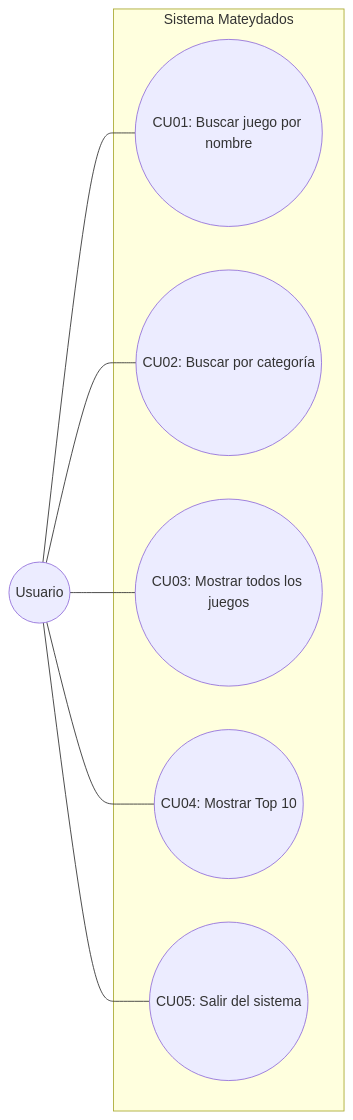
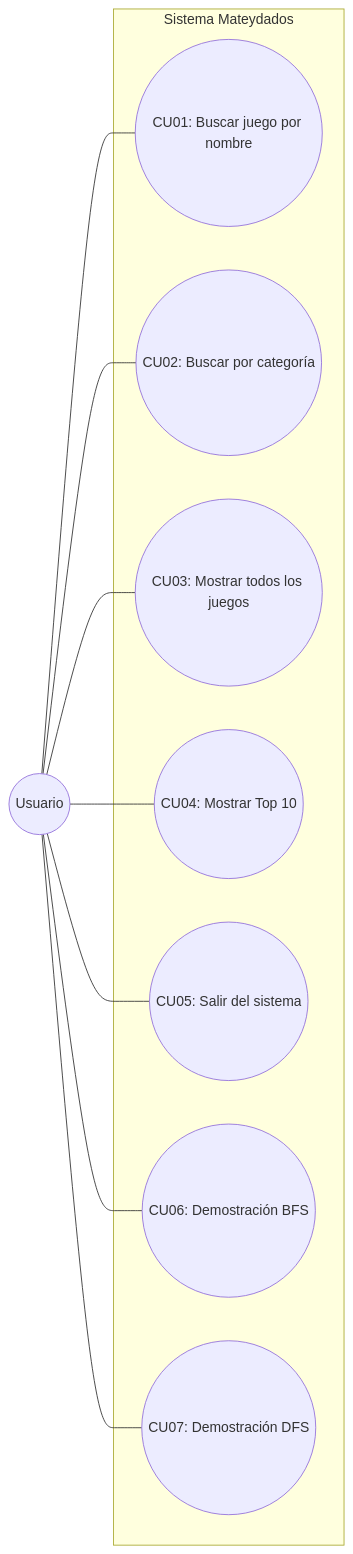
The diagram in docs/02-casos-de-uso.md (jonihauff/Matesydados), drawn with Mermaid before and after one commit. The commit also changed other lines of this file and 5 other files, not shown here.

````diff
--- a/docs/02-casos-de-uso.md
+++ b/docs/02-casos-de-uso.md
@@ -5,16 +5,20 @@
 ```mermaid
 graph LR
     subgraph Mateydados ["Sistema Mateydados"]
         CU1(("CU01: Buscar juego por nombre"))
         CU2(("CU02: Buscar por categoría"))
         CU3(("CU03: Mostrar todos los juegos"))
         CU4(("CU04: Mostrar Top 10"))
         CU5(("CU05: Salir del sistema"))
+        CU6(("CU06: Demostración BFS"))
+        CU7(("CU07: Demostración DFS"))
     end
 
     Usuario((Usuario)) --- CU1
     Usuario --- CU2
     Usuario --- CU3
     Usuario --- CU4
     Usuario --- CU5
+    Usuario --- CU6
+    Usuario --- CU7
 ```
````
